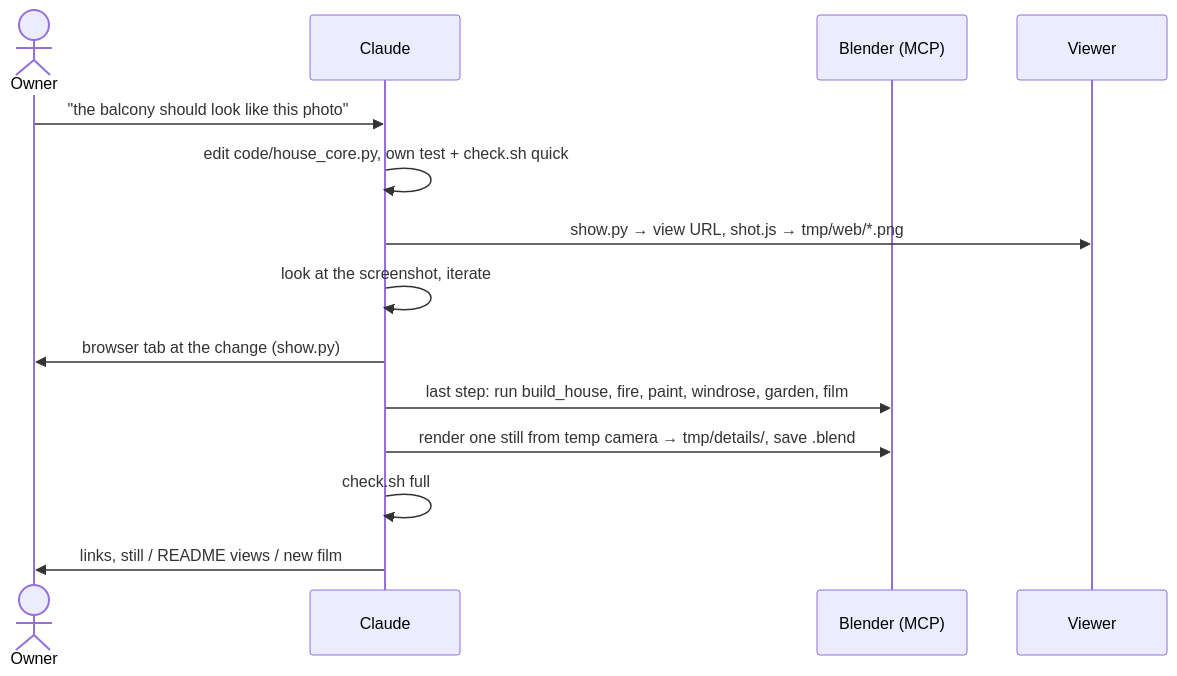
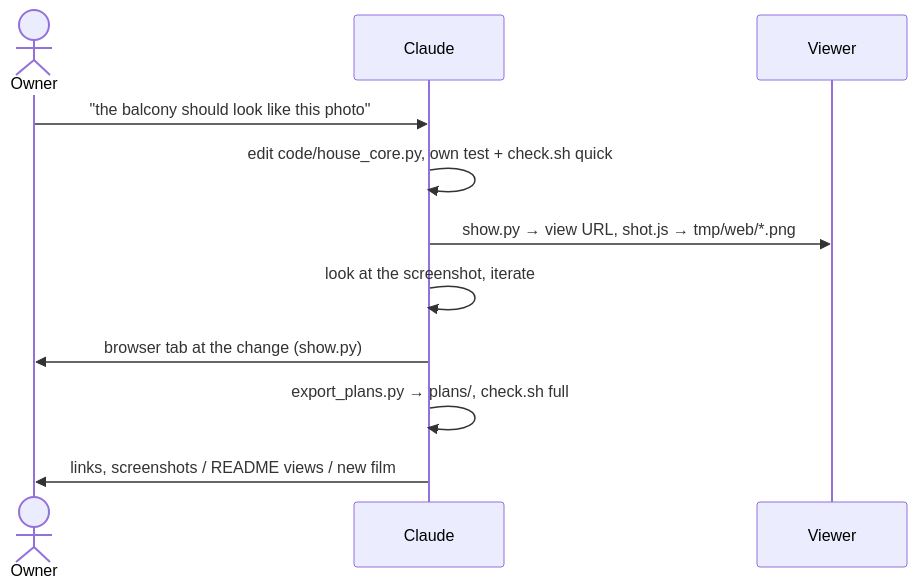
The first of 2 diagrams in specs/system/functional.md (tillg/frechen_blender), drawn with Mermaid before and after one commit. The commit also changed other lines of this file and 12 other files, not shown here.

First line of the commit message:
Blender backend dormant: drop the parity tests and the rebuild/save steps (#35)

````diff
--- a/specs/system/functional.md
+++ b/specs/system/functional.md
@@ -318,16 +323,13 @@
 ```mermaid
 sequenceDiagram
     actor Owner
     participant Agent as Claude
-    participant B as Blender (MCP)
     participant W as Viewer
     Owner->>Agent: "the balcony should look like this photo"
     Agent->>Agent: edit code/house_core.py, own test + check.sh quick
     Agent->>W: show.py → view URL, shot.js → tmp/web/*.png
     Agent->>Agent: look at the screenshot, iterate
     Agent->>Owner: browser tab at the change (show.py)
-    Agent->>B: last step: run build_house, fire, paint, windrose, garden, film
-    Agent->>B: render one still from temp camera → tmp/details/, save .blend
-    Agent->>Agent: check.sh full
-    Agent->>Owner: links, still / README views / new film
+    Agent->>Agent: export_plans.py → plans/, check.sh full
+    Agent->>Owner: links, screenshots / README views / new film
 ```
````
